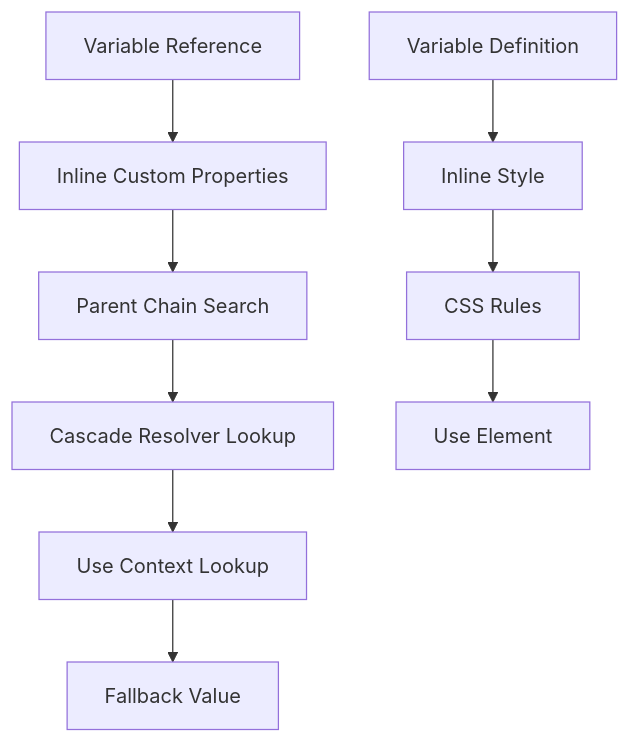
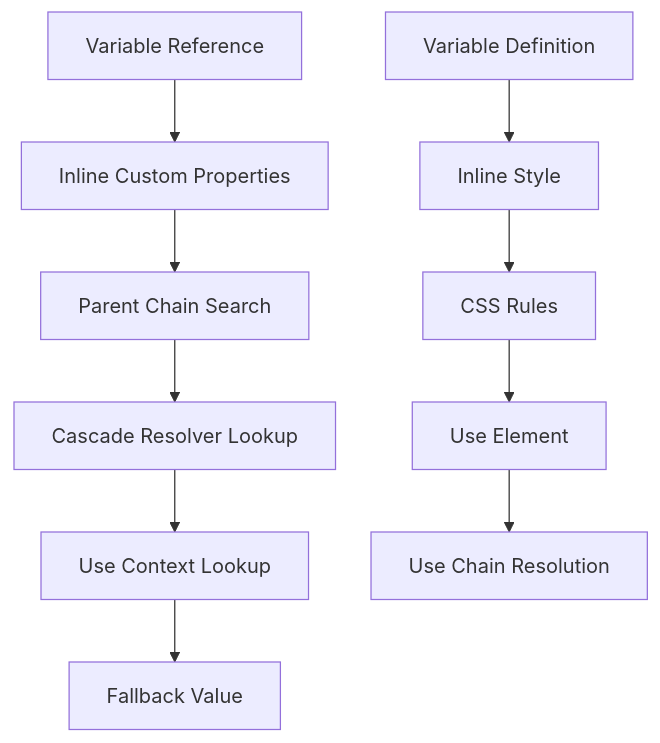
One commit to denisnadey/flutter_full_svg_support changed the sixth of 7 diagrams in .qoder/repowiki/en/content/Animated SVG Support/Advanced Animation Features/Enhanced CSS Variables and Calculations/CSS Cascade System.md. Above: the diagram before and after it, drawn with Mermaid. The commit also changed other lines of this file and 40 other files, not shown here.

````diff
--- a/.qoder/repowiki/en/content/Animated SVG Support/Advanced Animation Features/Enhanced CSS Variables and Calculations/CSS Cascade System.md
+++ b/.qoder/repowiki/en/content/Animated SVG Support/Advanced Animation Features/Enhanced CSS Variables and Calculations/CSS Cascade System.md
@@ -269,11 +323,12 @@
 ```mermaid
 flowchart TD
 A[Variable Reference] --> B[Inline Custom Properties]
 B --> C[Parent Chain Search]
 C --> D[Cascade Resolver Lookup]
 D --> E[Use Context Lookup]
 E --> F[Fallback Value]
 G[Variable Definition] --> H[Inline Style]
 H --> I[CSS Rules]
 I --> J[Use Element]
+J --> K[Use Chain Resolution]
 ```
````
